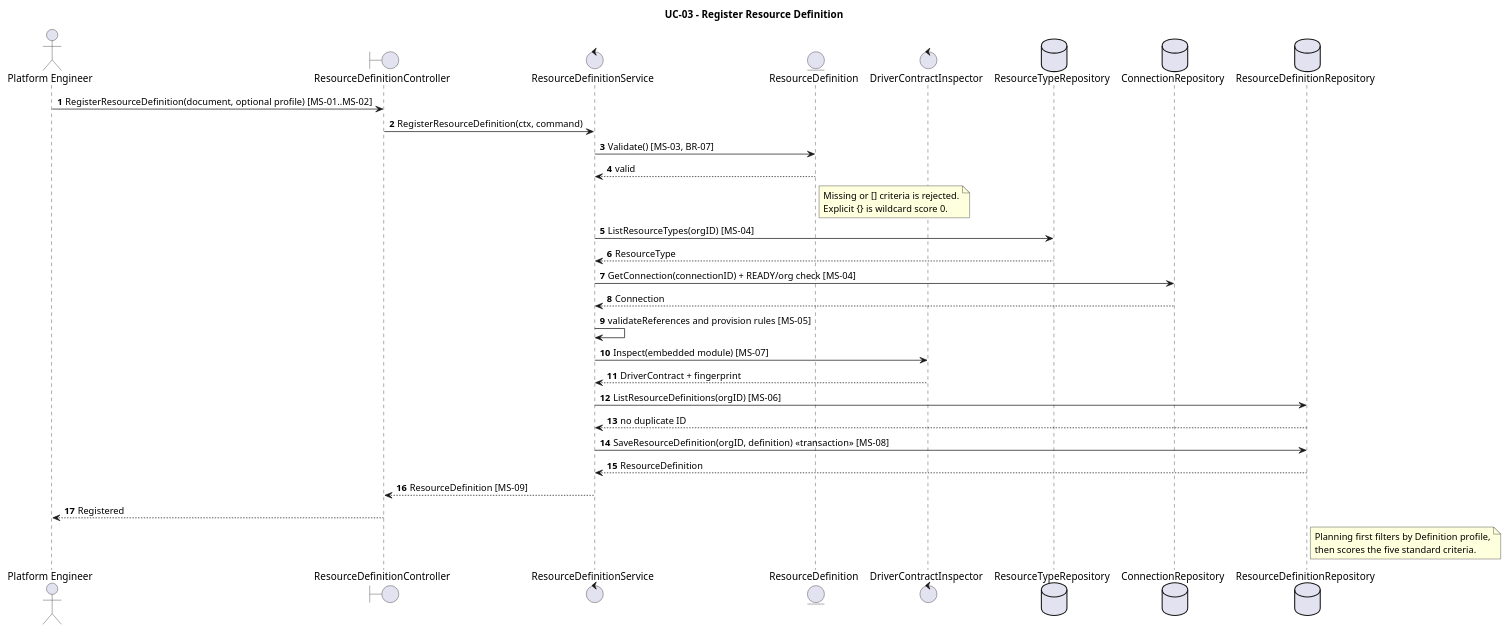
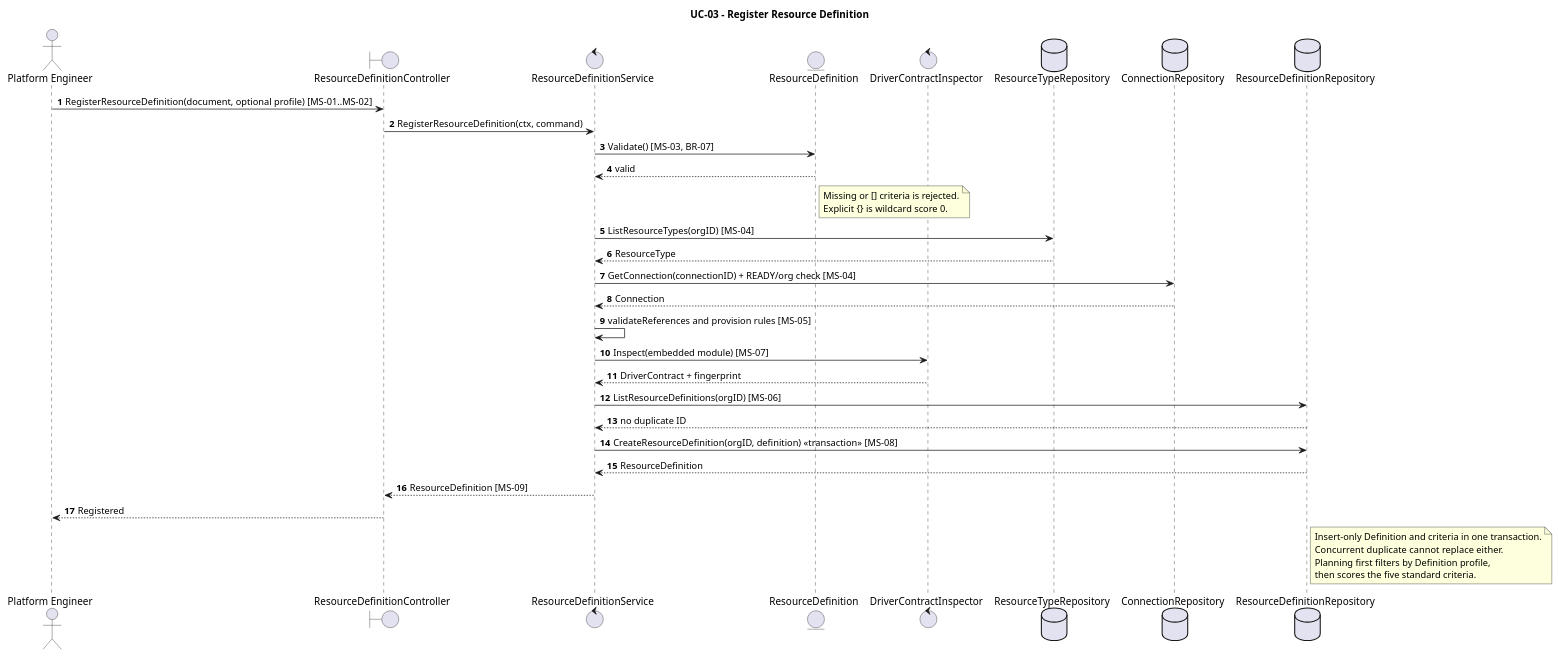
Before and after one commit to pr3s3nt/poc: the diagram in orchestrator_docs/usecase/UC-03/sequence.puml, drawn with PlantUML. The commit also changed 51 other files, not shown here.

```diff
--- a/orchestrator_docs/usecase/UC-03/sequence.puml
+++ b/orchestrator_docs/usecase/UC-03/sequence.puml
@@ -1,38 +1,40 @@
 @startuml
 title UC-03 - Register Resource Definition
 autonumber
 actor "Platform Engineer" as PE
 boundary ResourceDefinitionController as API
 control ResourceDefinitionService as Service
 entity ResourceDefinition as Validator
 control DriverContractInspector as Inspector
 database ResourceTypeRepository as TypeRepo
 database ConnectionRepository as ConnectionRepo
 database ResourceDefinitionRepository as DefinitionRepo
 
 PE -> API: RegisterResourceDefinition(document, optional profile) [MS-01..MS-02]
 API -> Service: RegisterResourceDefinition(ctx, command)
 Service -> Validator: Validate() [MS-03, BR-07]
 Validator --> Service: valid
 note right of Validator
 Missing or [] criteria is rejected.
 Explicit {} is wildcard score 0.
 end note
 Service -> TypeRepo: ListResourceTypes(orgID) [MS-04]
 TypeRepo --> Service: ResourceType
 Service -> ConnectionRepo: GetConnection(connectionID) + READY/org check [MS-04]
 ConnectionRepo --> Service: Connection
 Service -> Service: validateReferences and provision rules [MS-05]
 Service -> Inspector: Inspect(embedded module) [MS-07]
 Inspector --> Service: DriverContract + fingerprint
 Service -> DefinitionRepo: ListResourceDefinitions(orgID) [MS-06]
 DefinitionRepo --> Service: no duplicate ID
-Service -> DefinitionRepo: SaveResourceDefinition(orgID, definition) <<transaction>> [MS-08]
+Service -> DefinitionRepo: CreateResourceDefinition(orgID, definition) <<transaction>> [MS-08]
 DefinitionRepo --> Service: ResourceDefinition
 Service --> API: ResourceDefinition [MS-09]
 API --> PE: Registered
 note right of DefinitionRepo
+Insert-only Definition and criteria in one transaction.
+Concurrent duplicate cannot replace either.
 Planning first filters by Definition profile,
 then scores the five standard criteria.
 end note
 @enduml
```
